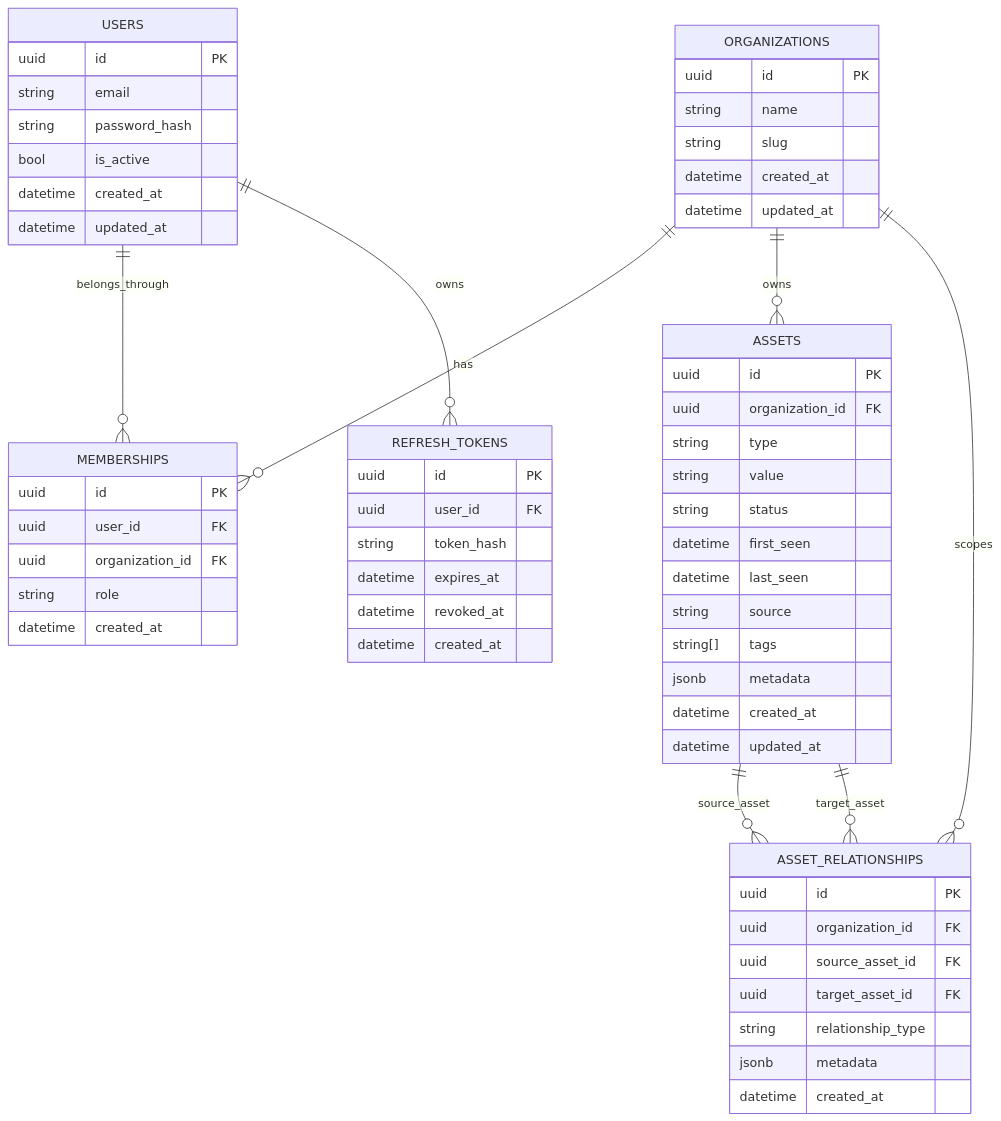
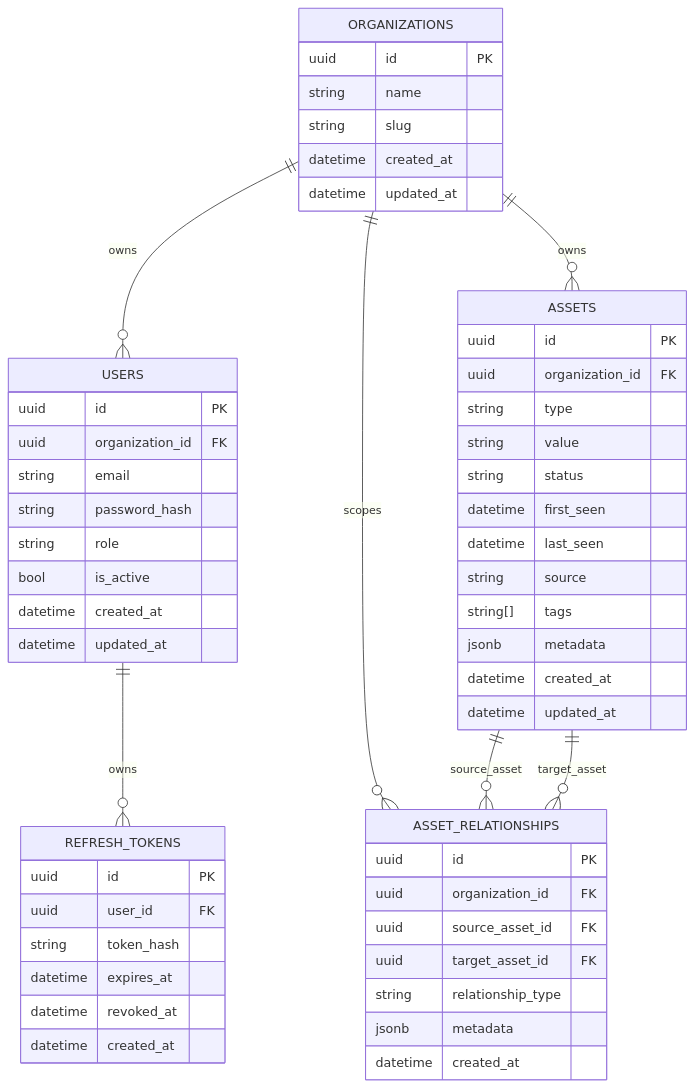
One commit to eng-hussein-saad/Buguard_Asset_Management changed the diagram in PLAN.md. Above: the diagram before and after it, drawn with Mermaid. The commit also changed other lines of this file and 2 other files, not shown here.

````diff
--- a/PLAN.md
+++ b/PLAN.md
@@ -252,72 +253,64 @@
 ```mermaid
 erDiagram
-    ORGANIZATIONS ||--o{ MEMBERSHIPS : has
-    USERS ||--o{ MEMBERSHIPS : belongs_through
-
+    ORGANIZATIONS ||--o{ USERS : owns
     USERS ||--o{ REFRESH_TOKENS : owns
 
     ORGANIZATIONS ||--o{ ASSETS : owns
     ORGANIZATIONS ||--o{ ASSET_RELATIONSHIPS : scopes
 
     ASSETS ||--o{ ASSET_RELATIONSHIPS : source_asset
     ASSETS ||--o{ ASSET_RELATIONSHIPS : target_asset
 
     ORGANIZATIONS {
         uuid id PK
         string name
         string slug
         datetime created_at
         datetime updated_at
     }
 
     USERS {
         uuid id PK
+        uuid organization_id FK
         string email
         string password_hash
+        string role
         bool is_active
         datetime created_at
         datetime updated_at
-    }
-
-    MEMBERSHIPS {
-        uuid id PK
-        uuid user_id FK
-        uuid organization_id FK
-        string role
-        datetime created_at
     }
 
     REFRESH_TOKENS {
         uuid id PK
         uuid user_id FK
         string token_hash
         datetime expires_at
         datetime revoked_at
         datetime created_at
     }
 
     ASSETS {
         uuid id PK
         uuid organization_id FK
         string type
         string value
         string status
         datetime first_seen
         datetime last_seen
         string source
         string[] tags
         jsonb metadata
         datetime created_at
         datetime updated_at
     }
 
     ASSET_RELATIONSHIPS {
         uuid id PK
         uuid organization_id FK
         uuid source_asset_id FK
         uuid target_asset_id FK
         string relationship_type
         jsonb metadata
         datetime created_at
     }
 ```
````
